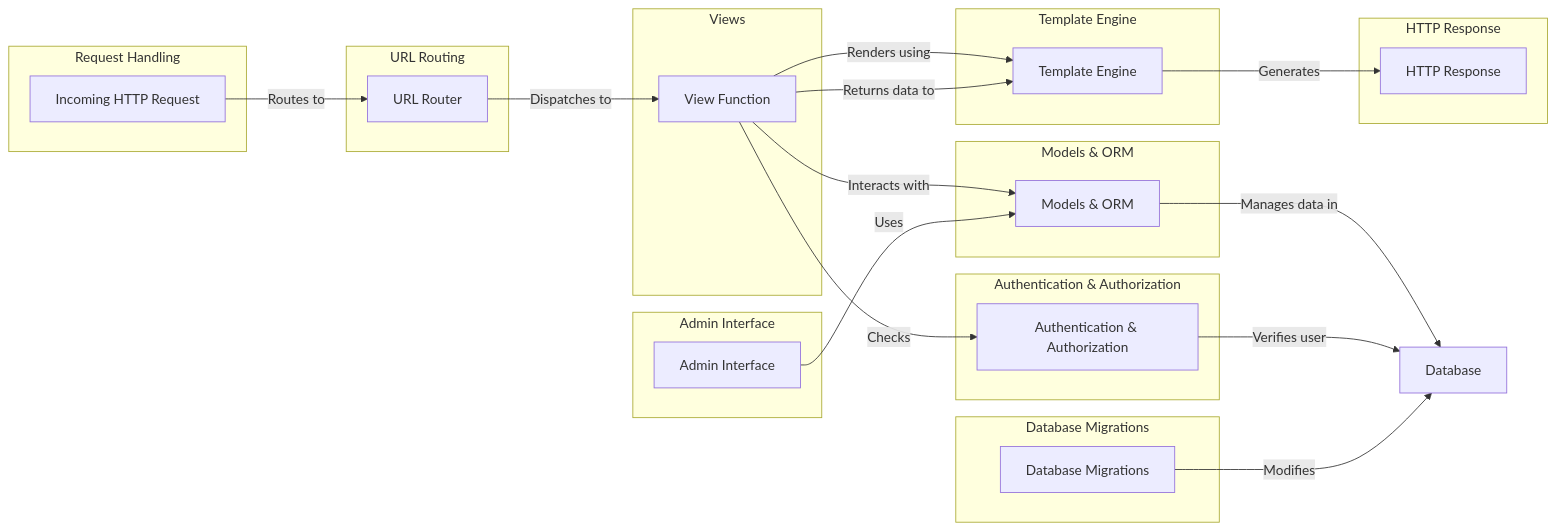
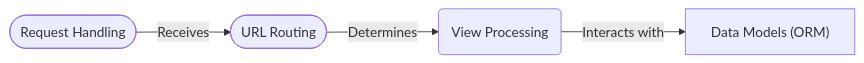
Before and after one commit to CodeBoarding/GeneratedOnBoardings: the diagram in django/on_boarding.md, drawn with Mermaid. The commit also changed other lines of this file and 12 other files, not shown here.

````diff
--- a/django/on_boarding.md
+++ b/django/on_boarding.md
@@ -5,53 +65,11 @@
 ```mermaid
 graph LR
-    subgraph Request Handling
-        A["Incoming HTTP Request"]
-    end
-    subgraph URL Routing
-        B["URL Router"]
-    end
-    subgraph Views
-        C["View Function"]
-    end
-    subgraph Models & ORM
-        D["Models & ORM"]
-    end
-    subgraph Template Engine
-        E["Template Engine"]
-    end
-    subgraph Authentication & Authorization
-        F["Authentication & Authorization"]
-    end
-    subgraph Admin Interface
-        G["Admin Interface"]
-    end
-    subgraph Database Migrations
-        H["Database Migrations"]
-    end
-    subgraph HTTP Response
-        I["HTTP Response"]
-    end
-
-    A -- Routes to --> B
-    B -- Dispatches to --> C
-    C -- Interacts with --> D
-    C -- Renders using --> E
-    C -- Checks --> F
-    D -- Manages data in --> Database
-    F -- Verifies user --> Database
-    C -- Returns data to --> E
-    E -- Generates --> I
-    G -- Uses --> D
-    H -- Modifies --> Database
+    A([Request Handling]) -- Receives --> B([URL Routing])
+    B -- Determines --> C(View Processing)
+    C -- Interacts with --> D["Data Models (ORM)"]
 
 click A href "https://github.com/CodeBoarding/GeneratedOnBoardings/blob/main/django//Request%20Handling.md"
-click B href "https://github.com/CodeBoarding/GeneratedOnBoardings/blob/main/django//URL%20Routing.md"
-click C href "https://github.com/CodeBoarding/GeneratedOnBoardings/blob/main/django//Views.md"
-click D href "https://github.com/CodeBoarding/GeneratedOnBoardings/blob/main/django//Models%20&%20ORM.md"
-click E href "https://github.com/CodeBoarding/GeneratedOnBoardings/blob/main/django//Template%20Engine.md"
-click F href "https://github.com/CodeBoarding/GeneratedOnBoardings/blob/main/django//Authentication%20&%20Authorization.md"
-click G href "https://github.com/CodeBoarding/GeneratedOnBoardings/blob/main/django//Admin%20Interface.md"
-click H href "https://github.com/CodeBoarding/GeneratedOnBoardings/blob/main/django//Database%20Migrations.md"
-
-
+click B href "https://github.com/CodeBoarding/GeneratedOnBoardings/blob/main/django//URL%20%Routing.md"
+click C href "https://github.com/CodeBoarding/GeneratedOnBoardings/blob/main/django//View%20%Processing.md"
+click D href "https://github.com/CodeBoarding/GeneratedOnBoardings/blob/main/django//Data%20Models%20(ORM).md"
 ```
````
